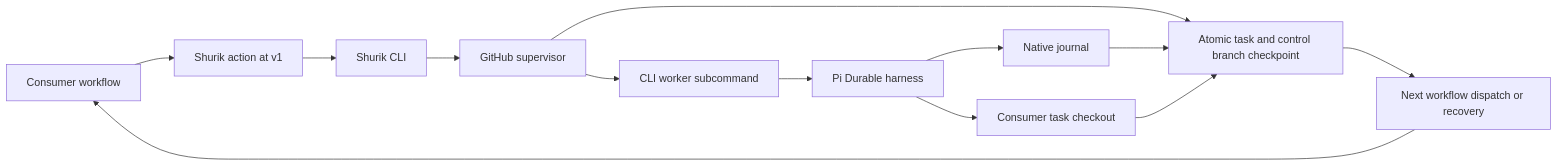
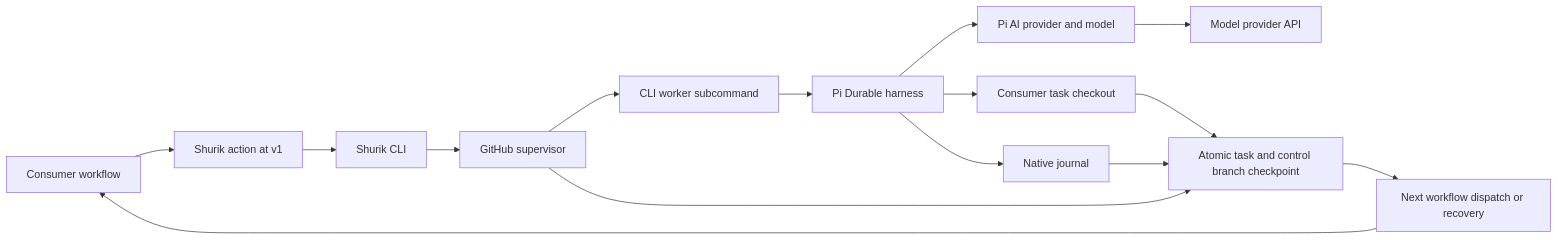
One commit to igor-makarov/shurik changed the diagram in ARCHITECTURE.md. Above: the diagram before and after it, drawn with Mermaid. The commit also changed other lines of this file and 1 other file, not shown here.

Commit message:
Document Pi Durable provider architecture and authentication

````diff
--- a/ARCHITECTURE.md
+++ b/ARCHITECTURE.md
@@ -7,15 +7,17 @@
 ```mermaid
 flowchart LR
   Y[Consumer workflow] --> A[Shurik action at v1]
   A --> C[Shurik CLI]
   C --> S[GitHub supervisor]
   S --> W[CLI worker subcommand]
   W --> P[Pi Durable harness]
+  P --> M[Pi AI provider and model]
+  M --> V[Model provider API]
   P --> T[Consumer task checkout]
   P --> J[Native journal]
   S --> G[Atomic task and control branch checkpoint]
   J --> G
   T --> G
   G --> R[Next workflow dispatch or recovery]
   R --> Y
 ```
````
